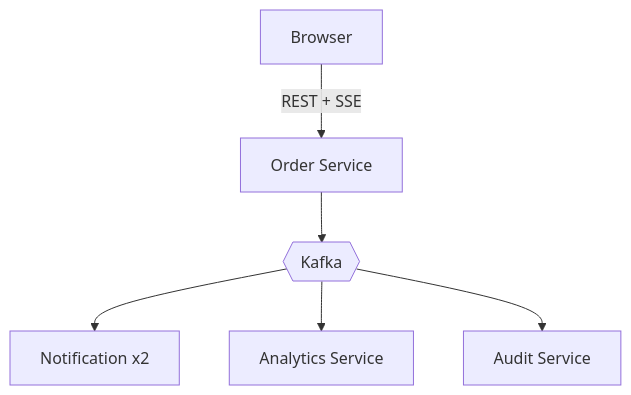
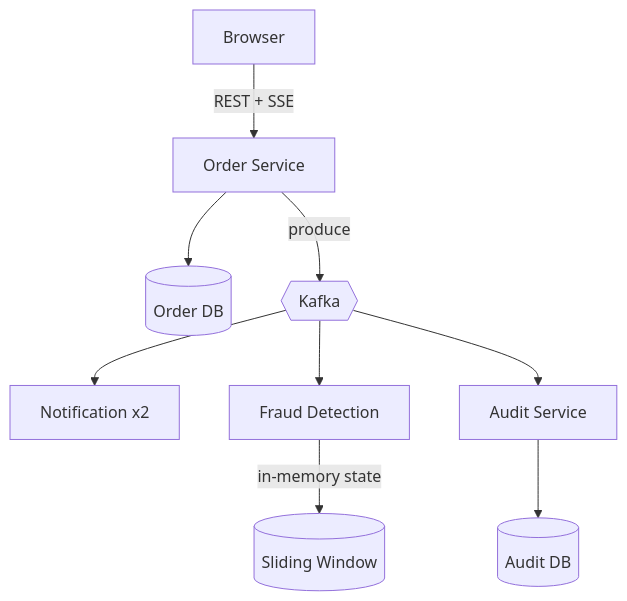
One commit to reifocS/kafka-dojo-mercredi-veille changed the second of 4 diagrams in README.md. Above: the diagram before and after it, drawn with Mermaid. The commit also changed other lines of this file and 4 other files, not shown here.

Commit message:
fraud detection

````diff
--- a/README.md
+++ b/README.md
@@ -31,10 +29,14 @@
 ```mermaid
 graph TD
     Browser -->|REST + SSE| Order[Order Service]
+    Order --> OrderDB[(Order DB)]
 
-    Order --> Kafka{{Kafka}}
+    Order -->|produce| Kafka{{Kafka}}
 
     Kafka --> Notif[Notification x2]
-    Kafka --> Analytics[Analytics Service]
+    Kafka --> Fraud[Fraud Detection]
     Kafka --> Audit[Audit Service]
+
+    Fraud -->|in-memory state| FraudState[(Sliding Window)]
+    Audit --> AuditDB[(Audit DB)]
 ```
````
